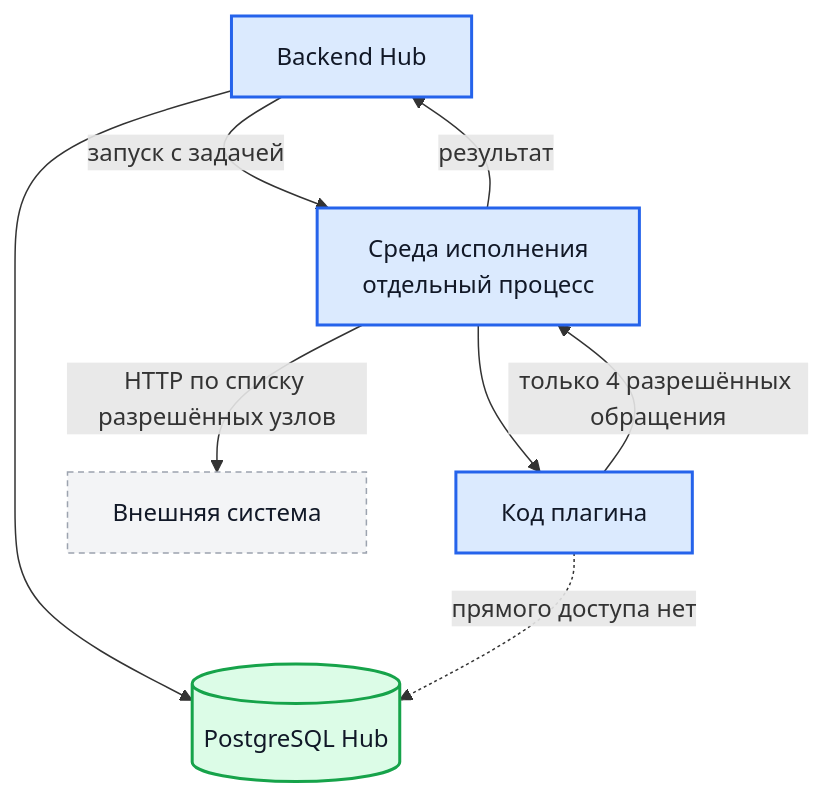
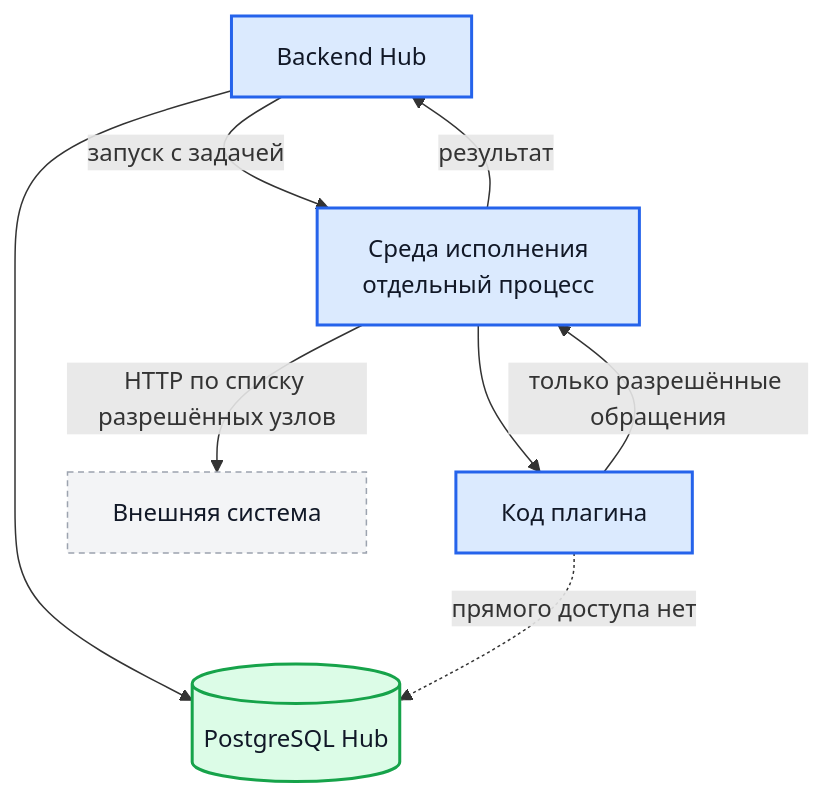
Before and after one commit to s3m4rgl/hub-docs: the diagram in docs/plugins.md, drawn with Mermaid. The commit also changed other lines of this file and 5 other files, not shown here.

````diff
--- a/docs/plugins.md
+++ b/docs/plugins.md
@@ -21,23 +49,23 @@
 ```mermaid
 flowchart TD
     Backend["Backend Hub"]
     Runner["Среда исполнения<br/>отдельный процесс"]
     Plugin["Код плагина"]
     Ext["Внешняя система"]
     DB[("PostgreSQL Hub")]
 
     Backend --> |"запуск с задачей"| Runner
     Runner --> Plugin
-    Plugin --> |"только 4 разрешённых обращения"| Runner
+    Plugin --> |"только разрешённые обращения"| Runner
     Runner --> |"HTTP по списку разрешённых узлов"| Ext
     Runner --> |"результат"| Backend
     Backend --> DB
     Plugin -.-> |"прямого доступа нет"| DB
 
     classDef hub fill:#dbeafe,stroke:#2563eb,stroke-width:2px,color:#111827
     classDef ext fill:#f3f4f6,stroke:#9ca3af,stroke-width:1px,stroke-dasharray:4 3,color:#111827
     classDef store fill:#dcfce7,stroke:#16a34a,stroke-width:2px,color:#111827
     class Backend,Runner,Plugin hub
     class Ext ext
     class DB store
 ```
````
